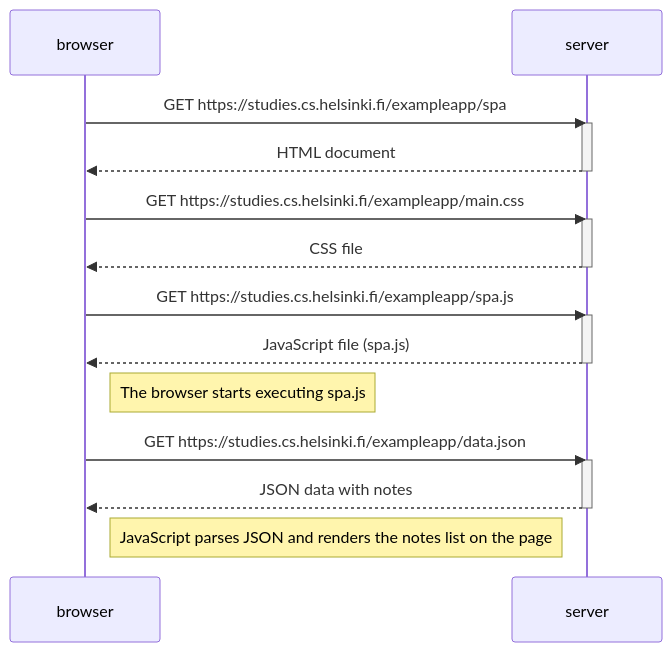
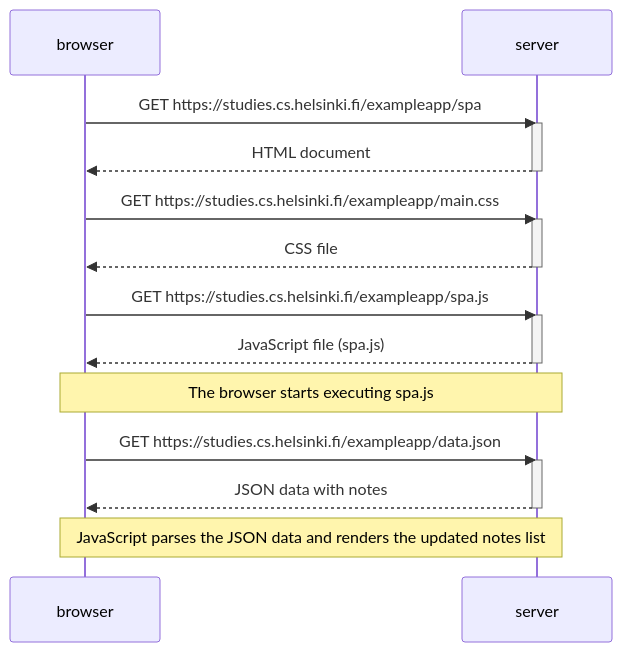
Before and after one commit to JD-GM/Full-Stack-Open-course: the diagram in part0/0.5.md, drawn with Mermaid. The commit also changed other lines of this file, not shown here.

````diff
--- a/part0/0.5.md
+++ b/part0/0.5.md
@@ -12,29 +15,29 @@
 ```mermaid
 sequenceDiagram
 participant browser
 participant server
 
 browser->>server: GET https://studies.cs.helsinki.fi/exampleapp/spa
 activate server
 server-->>browser: HTML document
 deactivate server
 
 browser->>server: GET https://studies.cs.helsinki.fi/exampleapp/main.css
 activate server
 server-->>browser: CSS file
 deactivate server
 
 browser->>server: GET https://studies.cs.helsinki.fi/exampleapp/spa.js
 activate server
 server-->>browser: JavaScript file (spa.js)
 deactivate server
 
-Note right of browser: The browser starts executing spa.js
+Note over browser,server: The browser starts executing spa.js
 
 browser->>server: GET https://studies.cs.helsinki.fi/exampleapp/data.json
 activate server
 server-->>browser: JSON data with notes
 deactivate server
 
-Note right of browser: JavaScript parses JSON and renders the notes list on the page
+Note over browser,server: JavaScript parses the JSON data and renders the updated notes list
 ```
````
